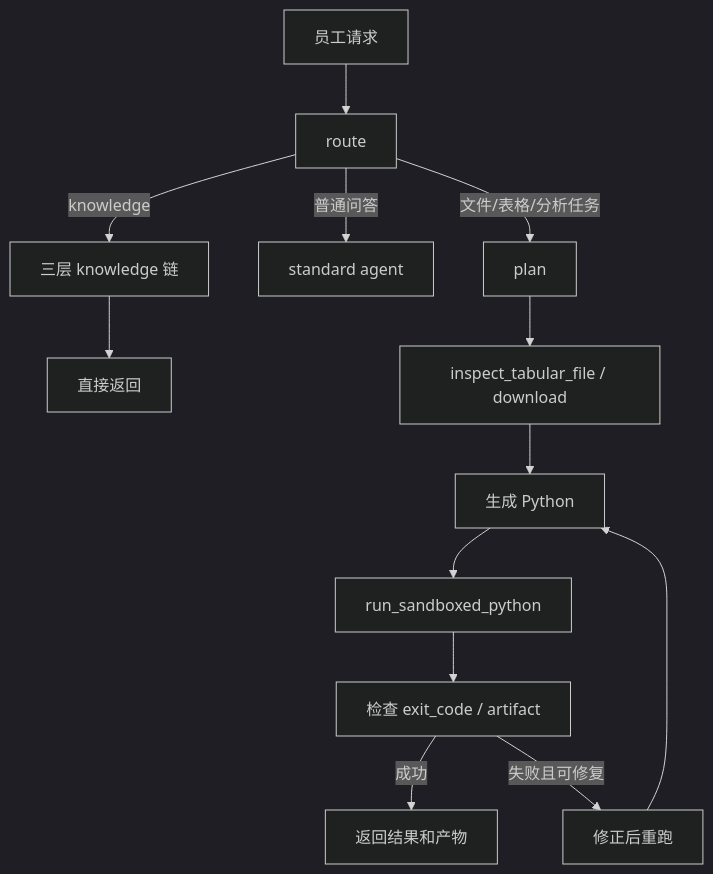
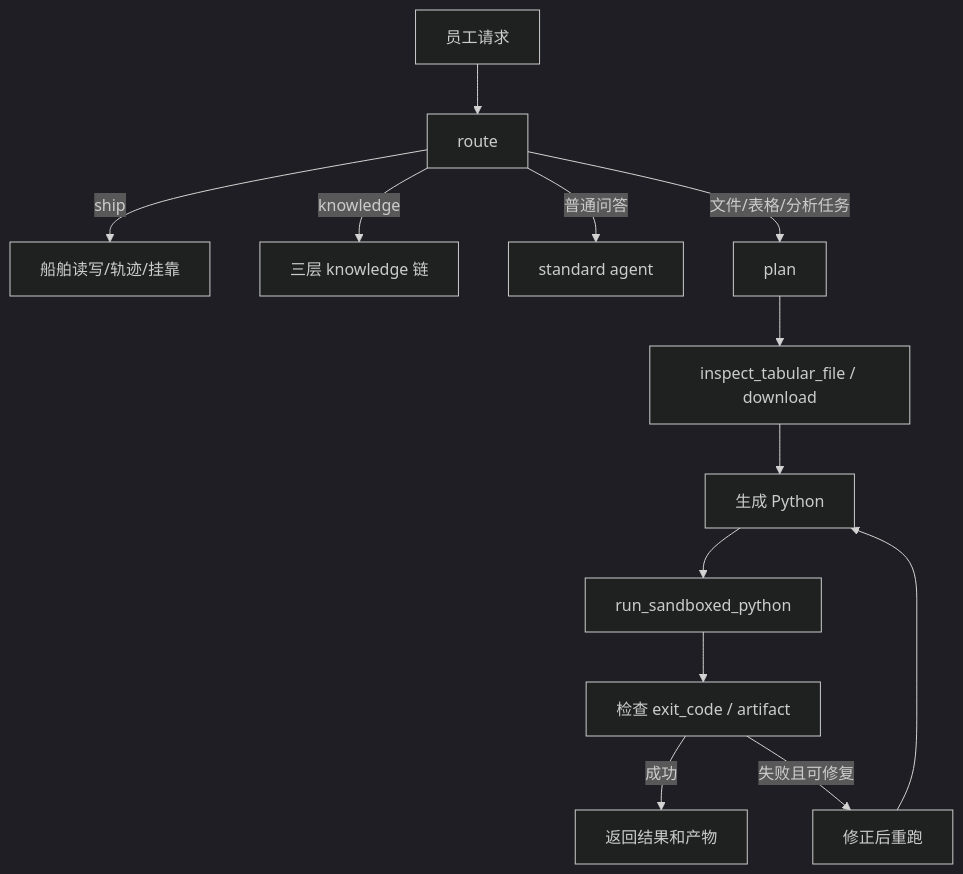
The third of 3 diagrams in docs/AGENT_TECHNICAL_DOCUMENTATION.md (lr12338/hifleet-agent), drawn with Mermaid (dark theme) before and after one commit. The commit also changed other lines of this file and 41 other files, not shown here.

````diff
--- a/docs/AGENT_TECHNICAL_DOCUMENTATION.md
+++ b/docs/AGENT_TECHNICAL_DOCUMENTATION.md
@@ -284,15 +257,15 @@
 ```mermaid
 flowchart TD
-    Msg[员工请求] --> Route[route]
-    Route -->|knowledge| Knowledge[三层 knowledge 链]
-    Route -->|普通问答| Delegate[standard agent]
+	    Msg[员工请求] --> Route[route]
+	    Route -->|ship| Ship[船舶读写/轨迹/挂靠]
+	    Route -->|knowledge| Knowledge[三层 knowledge 链]
+	    Route -->|普通问答| Delegate[standard agent]
     Route -->|文件/表格/分析任务| Plan[plan]
-    Knowledge --> Done1[直接返回]
     Plan --> Inspect[inspect_tabular_file / download]
     Inspect --> Code[生成 Python]
     Code --> Run[run_sandboxed_python]
     Run --> Check[检查 exit_code / artifact]
     Check -->|成功| Finalize[返回结果和产物]
     Check -->|失败且可修复| Loop[修正后重跑]
     Loop --> Code
 ```
````
